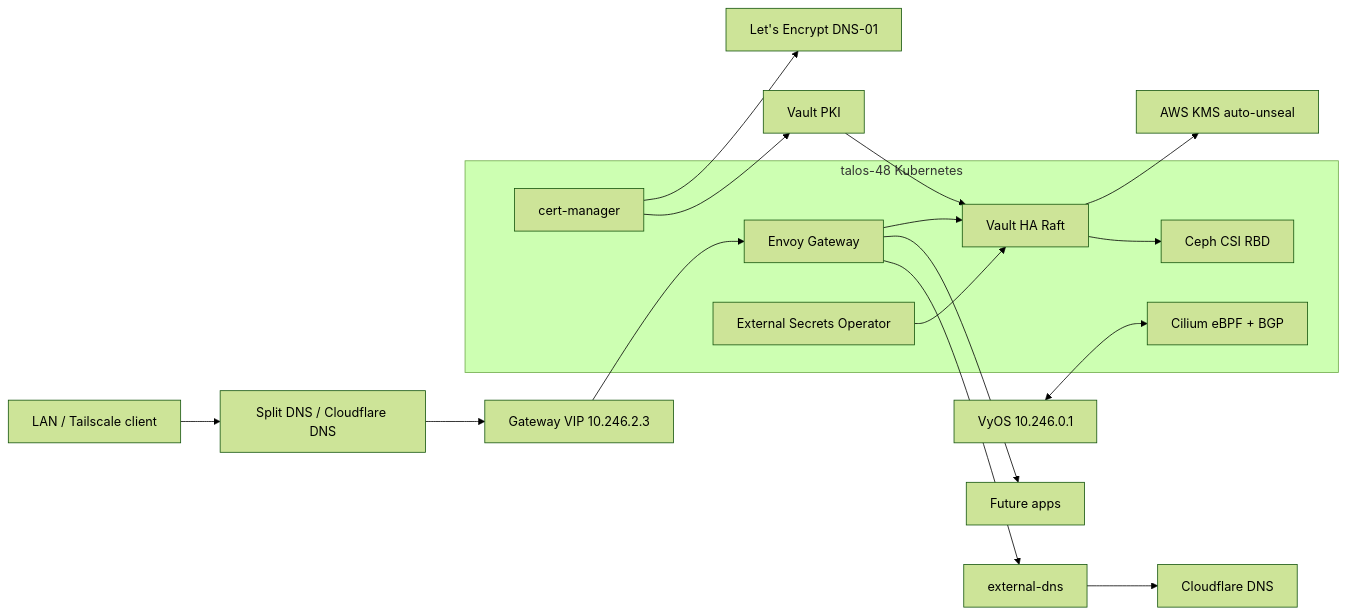
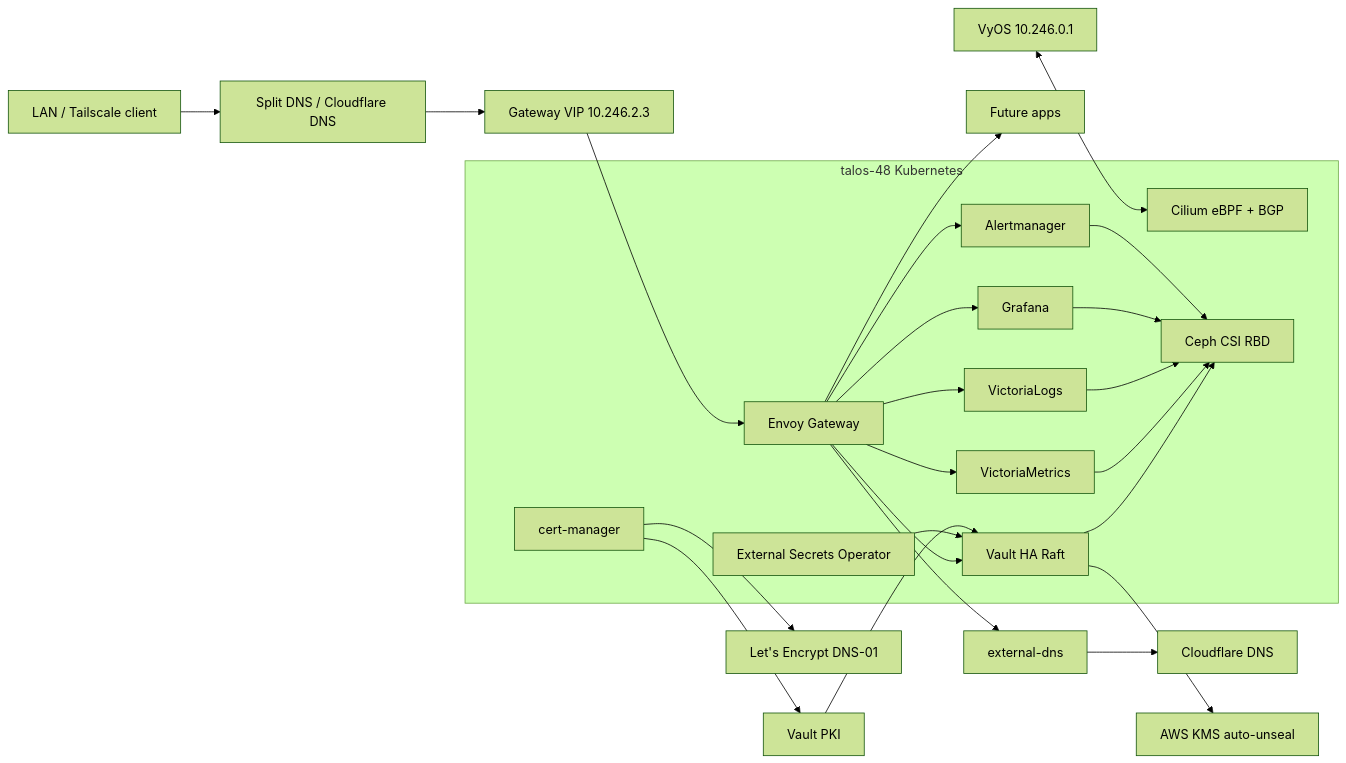
One commit to nbari/k8s changed the diagram in README.md. Above: the diagram before and after it, drawn with Mermaid (forest theme). The commit also changed other lines of this file, not shown here.

Commit message:
Document Talos observability endpoints

````diff
--- a/README.md
+++ b/README.md
@@ -103,27 +115,39 @@
 ```mermaid
 flowchart LR
   user[LAN / Tailscale client] --> dns[Split DNS / Cloudflare DNS]
   dns --> vip[Gateway VIP 10.246.2.3]
   vip --> envoy[Envoy Gateway]
   envoy --> vault[Vault HA Raft]
+  envoy --> grafana[Grafana]
+  envoy --> metrics[VictoriaMetrics]
+  envoy --> logs[VictoriaLogs]
+  envoy --> alerts[Alertmanager]
   envoy --> apps[Future apps]
 
   subgraph talos48[talos-48 Kubernetes]
     cilium[Cilium eBPF + BGP]
     envoy
     cert[cert-manager]
     eso[External Secrets Operator]
     vault
+    grafana
+    metrics
+    logs
+    alerts
     ceph[Ceph CSI RBD]
   end
 
   vyos[VyOS 10.246.0.1] <--> cilium
   cert --> letsencrypt[Let's Encrypt DNS-01]
   cert --> vaultpki[Vault PKI]
   envoy --> edns[external-dns]
   edns --> cloudflare[Cloudflare DNS]
   eso --> vault
   vaultpki --> vault
   vault --> kms[AWS KMS auto-unseal]
   vault --> ceph
+  metrics --> ceph
+  logs --> ceph
+  grafana --> ceph
+  alerts --> ceph
 ```
````
